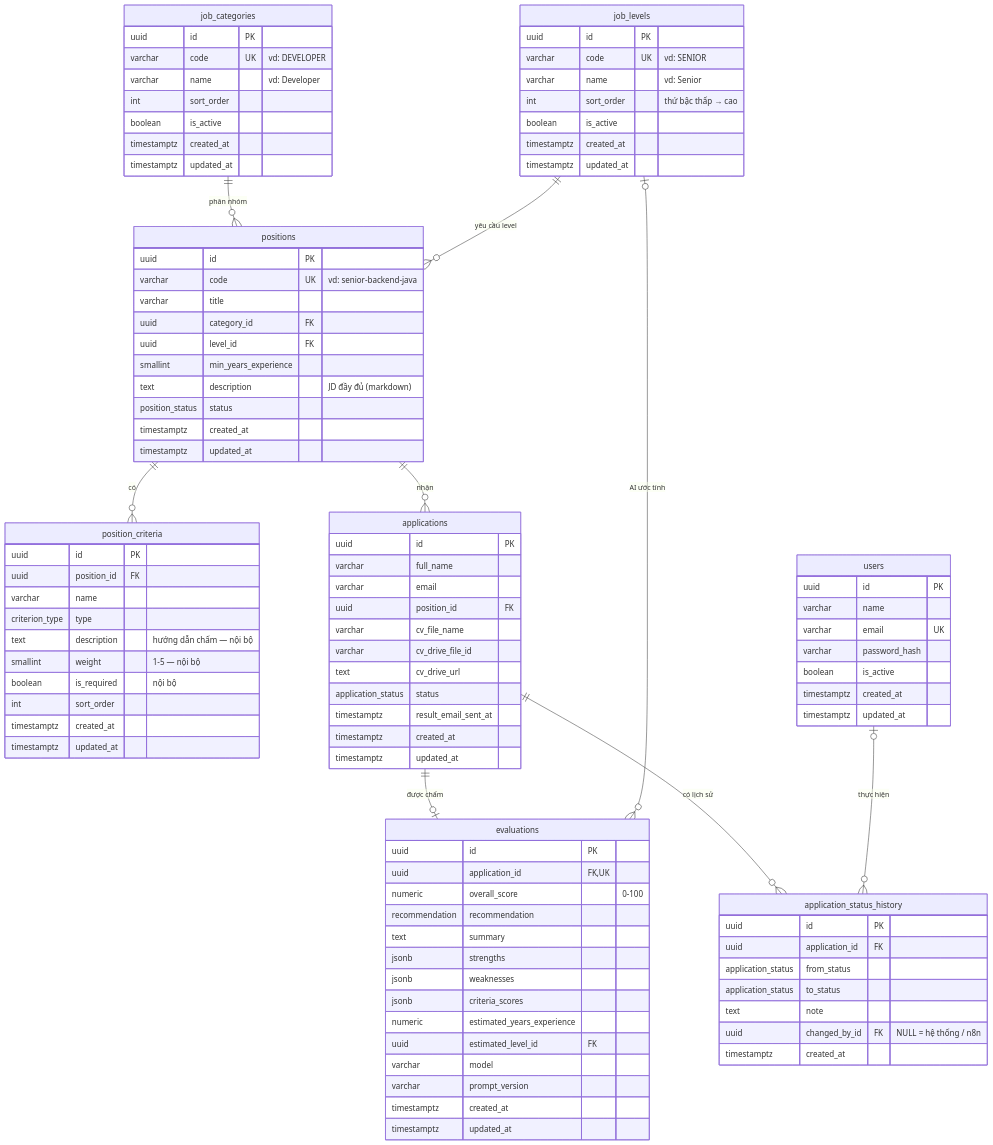
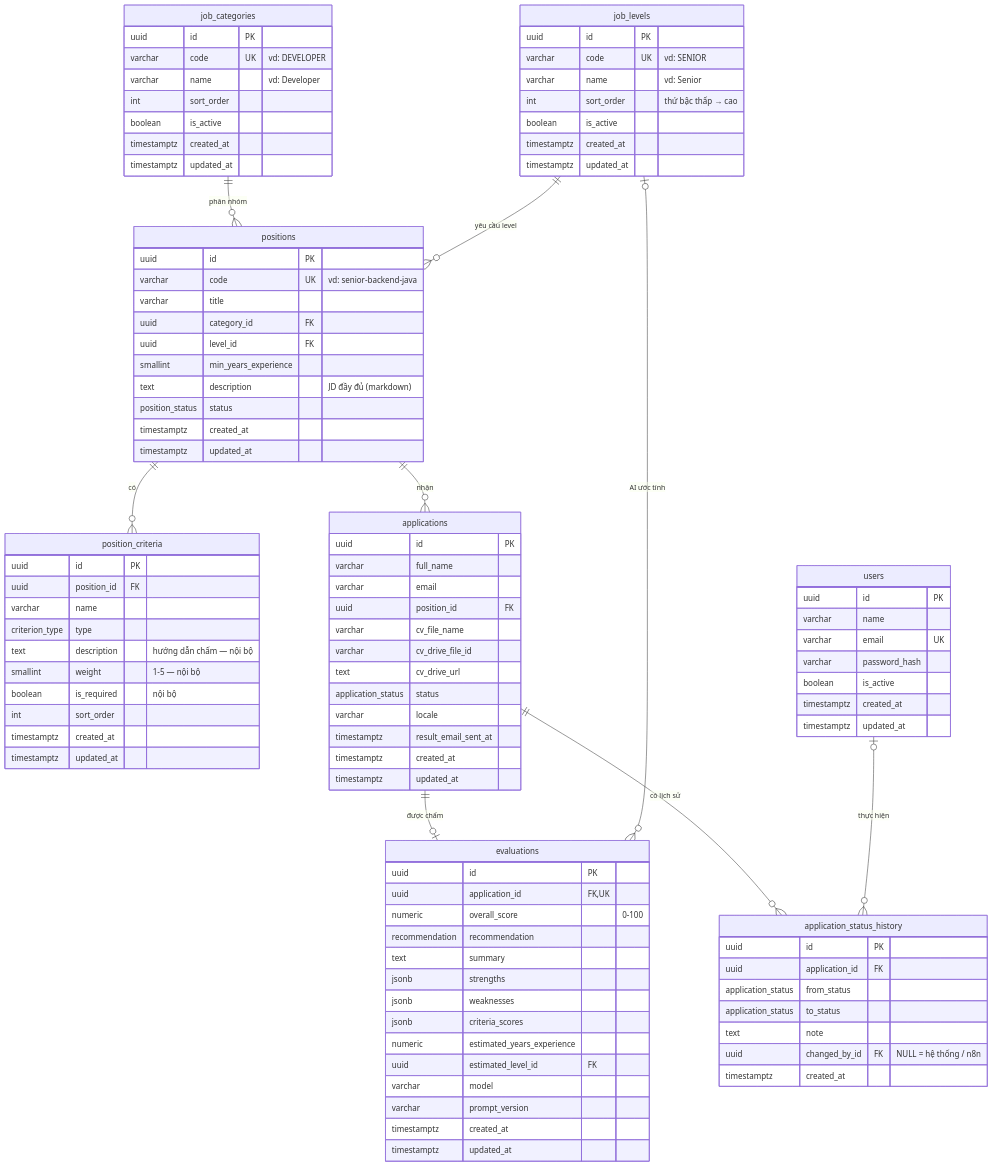
Before and after one commit to tidedtulia/cv-ai-scanner: the diagram in docs/database.md, drawn with Mermaid. The commit also changed other lines of this file and 52 other files, not shown here.

```diff
--- a/docs/database.md
+++ b/docs/database.md
@@ -104,6 +104,7 @@
     varchar cv_drive_file_id
     text cv_drive_url
     application_status status
+    varchar locale
     timestamptz result_email_sent_at
     timestamptz created_at
     timestamptz updated_at
```
